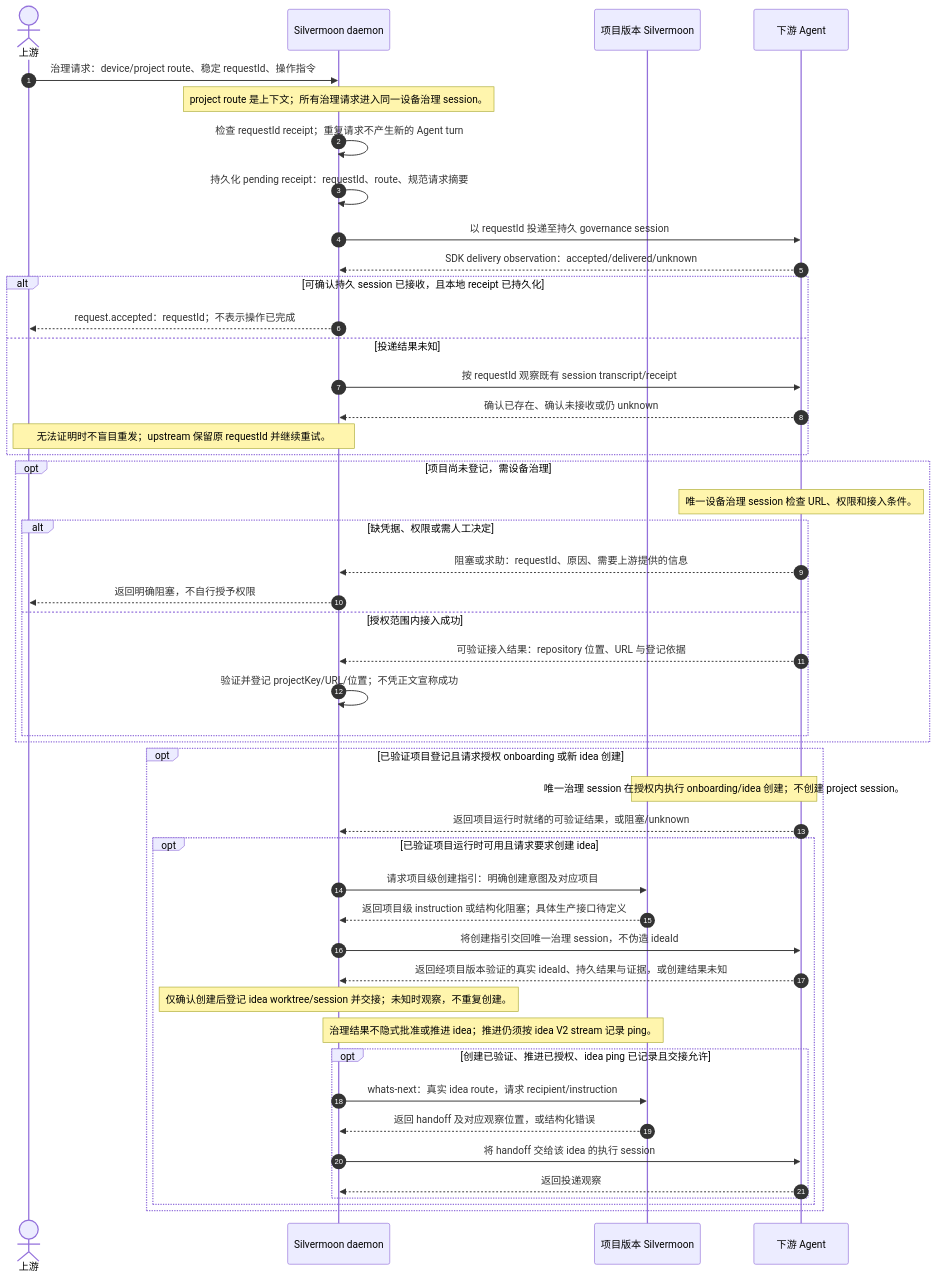
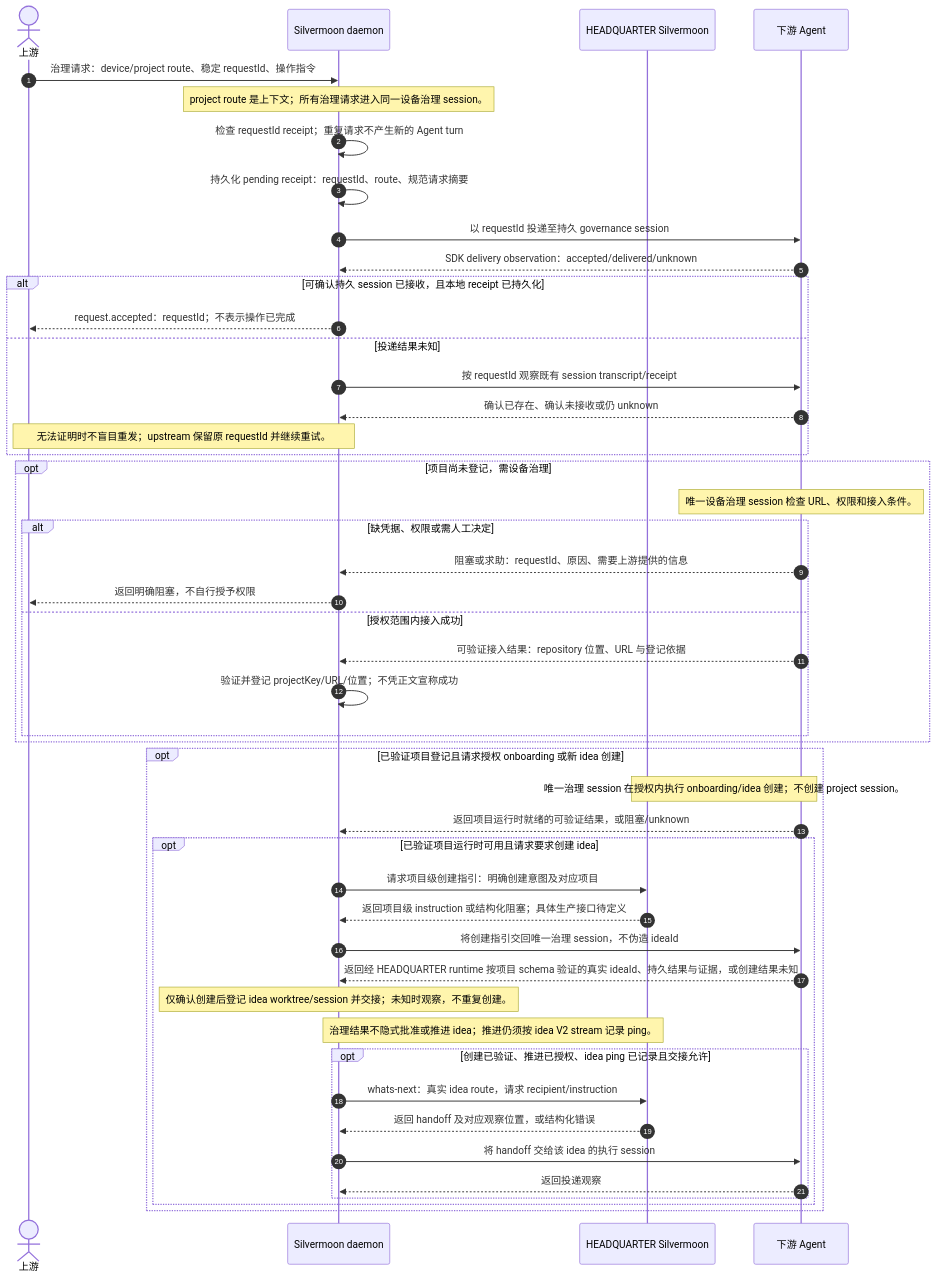
One commit to shazhou-ww/silvermoon changed the second of 2 diagrams in .silvermoon/ideas/01M3SJ90WVJB56Z1PP72BPAHFZ/outer/inner/ideal/Daemon-runtime-sequence.md. Above: the diagram before and after it, drawn with Mermaid. The commit also changed other lines of this file and 6 other files, not shown here.

Commit message:
docs: centralize daemon runtime at headquarters

````diff
--- a/.silvermoon/ideas/01M3SJ90WVJB56Z1PP72BPAHFZ/outer/inner/ideal/Daemon-runtime-sequence.md
+++ b/.silvermoon/ideas/01M3SJ90WVJB56Z1PP72BPAHFZ/outer/inner/ideal/Daemon-runtime-sequence.md
@@ -147,50 +147,50 @@
 ```mermaid
 sequenceDiagram
     autonumber
     actor Upstream as 上游
     participant Daemon as Silvermoon daemon
-    participant Silvermoon as 项目版本 Silvermoon
+    participant Silvermoon as HEADQUARTER Silvermoon
     participant Agent as 下游 Agent
 
     Upstream->>Daemon: 治理请求：device/project route、稳定 requestId、操作指令
     Note over Daemon: project route 是上下文；所有治理请求进入同一设备治理 session。
     Daemon->>Daemon: 检查 requestId receipt；重复请求不产生新的 Agent turn
     Daemon->>Daemon: 持久化 pending receipt：requestId、route、规范请求摘要
     Daemon->>Agent: 以 requestId 投递至持久 governance session
     Agent-->>Daemon: SDK delivery observation：accepted/delivered/unknown
     alt 可确认持久 session 已接收，且本地 receipt 已持久化
         Daemon-->>Upstream: request.accepted：requestId；不表示操作已完成
     else 投递结果未知
         Daemon->>Agent: 按 requestId 观察既有 session transcript/receipt
         Agent-->>Daemon: 确认已存在、确认未接收或仍 unknown
         Note over Daemon,Upstream: 无法证明时不盲目重发；upstream 保留原 requestId 并继续重试。
     end
     opt 项目尚未登记，需设备治理
         Note over Agent: 唯一设备治理 session 检查 URL、权限和接入条件。
         alt 缺凭据、权限或需人工决定
             Agent-->>Daemon: 阻塞或求助：requestId、原因、需要上游提供的信息
             Daemon-->>Upstream: 返回明确阻塞，不自行授予权限
         else 授权范围内接入成功
             Agent-->>Daemon: 可验证接入结果：repository 位置、URL 与登记依据
             Daemon->>Daemon: 验证并登记 projectKey/URL/位置；不凭正文宣称成功
         end
     end
     opt 已验证项目登记且请求授权 onboarding 或新 idea 创建
         Note over Agent,Silvermoon: 唯一治理 session 在授权内执行 onboarding/idea 创建；不创建 project session。
         Agent-->>Daemon: 返回项目运行时就绪的可验证结果，或阻塞/unknown
         opt 已验证项目运行时可用且请求要求创建 idea
             Daemon->>Silvermoon: 请求项目级创建指引：明确创建意图及对应项目
             Silvermoon-->>Daemon: 返回项目级 instruction 或结构化阻塞；具体生产接口待定义
             Daemon->>Agent: 将创建指引交回唯一治理 session，不伪造 ideaId
-            Agent-->>Daemon: 返回经项目版本验证的真实 ideaId、持久结果与证据，或创建结果未知
+            Agent-->>Daemon: 返回经 HEADQUARTER runtime 按项目 schema 验证的真实 ideaId、持久结果与证据，或创建结果未知
             Note over Daemon: 仅确认创建后登记 idea worktree/session 并交接；未知时观察，不重复创建。
             Note over Daemon,Silvermoon: 治理结果不隐式批准或推进 idea；推进仍须按 idea V2 stream 记录 ping。
             opt 创建已验证、推进已授权、idea ping 已记录且交接允许
                 Daemon->>Silvermoon: whats-next：真实 idea route，请求 recipient/instruction
                 Silvermoon-->>Daemon: 返回 handoff 及对应观察位置，或结构化错误
                 Daemon->>Agent: 将 handoff 交给该 idea 的执行 session
                 Agent-->>Daemon: 返回投递观察
             end
         end
     end
 ```
````
